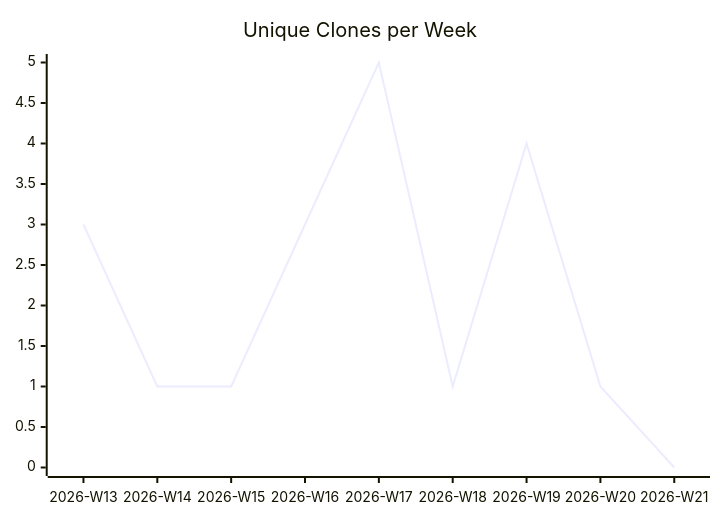
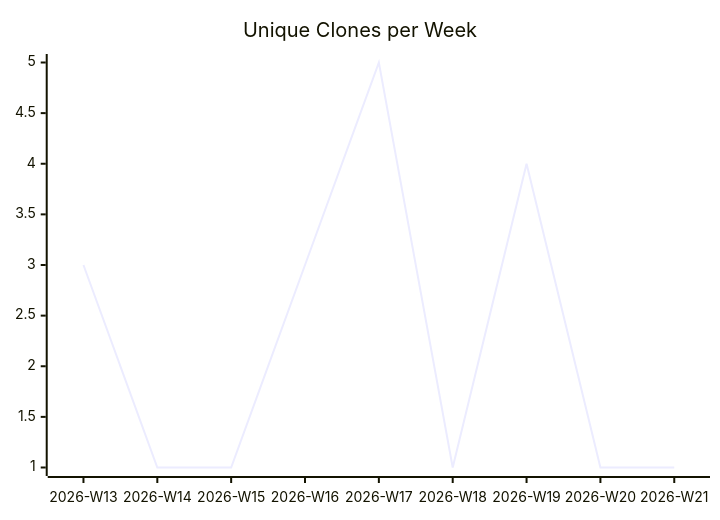
Before and after one commit to justdavis-family/github-analytics-data: the third of 3 diagrams in karlmdavis/stockfighter-trades-solutions/README.md, drawn with Mermaid. The commit also changed other lines of this file and 187 other files, not shown here.

````diff
--- a/karlmdavis/stockfighter-trades-solutions/README.md
+++ b/karlmdavis/stockfighter-trades-solutions/README.md
@@ -19,6 +19,6 @@
 ```mermaid
 xychart-beta
   title "Unique Clones per Week"
   x-axis ["2026-W13", "2026-W14", "2026-W15", "2026-W16", "2026-W17", "2026-W18", "2026-W19", "2026-W20", "2026-W21"]
-  line [3, 1, 1, 3, 5, 1, 4, 1, 0]
+  line [3, 1, 1, 3, 5, 1, 4, 1, 1]
 ```
````
